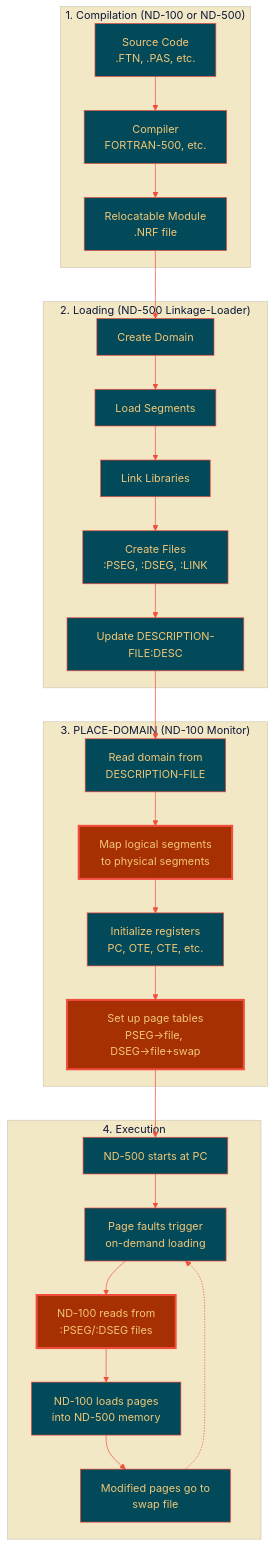
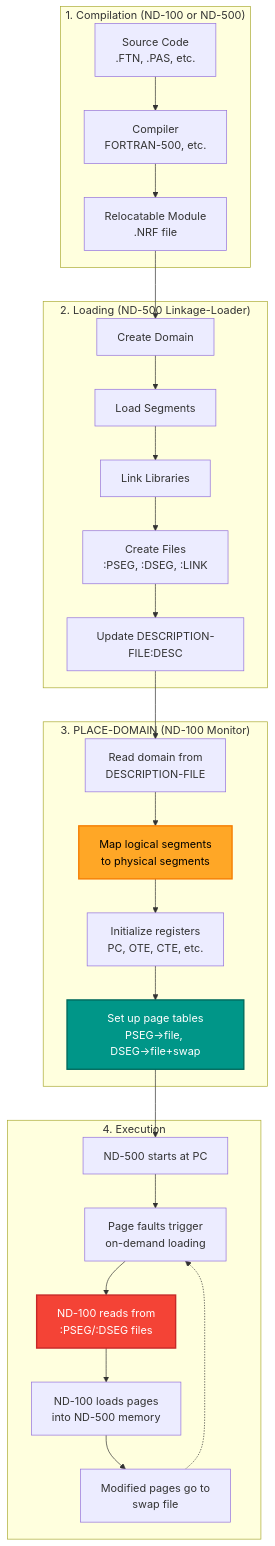
The first of 5 diagrams in SINTRAN/OS/09-ND500-CODE-LOADING.md (HackerCorpLabs/NDInsight), drawn with Mermaid before and after one commit. The commit also changed other lines of this file and 19 other files, not shown here.

Commit message:
Updated Mermaid diagrams

````diff
--- a/SINTRAN/OS/09-ND500-CODE-LOADING.md
+++ b/SINTRAN/OS/09-ND500-CODE-LOADING.md
@@ -28,42 +28,41 @@
 ```mermaid
-%%{init: {'theme':'base', 'themeVariables': {'primaryColor':'#024959','primaryTextColor':'#F2C777','primaryBorderColor':'#F24C3D','lineColor':'#F24C3D','secondaryColor':'#A62F03','tertiaryColor':'#F2E8C6'}}}%%
 flowchart TB
     subgraph COMP ["1. Compilation (ND-100 or ND-500)"]
         A1[Source Code<br/>.FTN, .PAS, etc.]
         A2[Compiler<br/>FORTRAN-500, etc.]
         A3[Relocatable Module<br/>.NRF file]
     end
-    
+
     subgraph LOAD ["2. Loading (ND-500 Linkage-Loader)"]
         B1[Create Domain]
         B2[Load Segments]
         B3[Link Libraries]
         B4[Create Files<br/>:PSEG, :DSEG, :LINK]
         B5[Update DESCRIPTION-FILE:DESC]
     end
-    
+
     subgraph PLACE ["3. PLACE-DOMAIN (ND-100 Monitor)"]
         C1[Read domain from<br/>DESCRIPTION-FILE]
         C2[Map logical segments<br/>to physical segments]
         C3[Initialize registers<br/>PC, OTE, CTE, etc.]
         C4[Set up page tables<br/>PSEG→file, DSEG→file+swap]
     end
-    
+
     subgraph EXEC ["4. Execution"]
         D1[ND-500 starts at PC]
         D2[Page faults trigger<br/>on-demand loading]
         D3[ND-100 reads from<br/>:PSEG/:DSEG files]
         D4[ND-100 loads pages<br/>into ND-500 memory]
         D5[Modified pages go to<br/>swap file]
     end
-    
+
     A1 --> A2 --> A3 --> B1
     B1 --> B2 --> B3 --> B4 --> B5
     B5 --> C1 --> C2 --> C3 --> C4
     C4 --> D1 --> D2 --> D3 --> D4 --> D5
     D5 -.-> D2
-    
-    style C2 fill:#A62F03,stroke:#F24C3D,stroke-width:3px,color:#F2C777
-    style C4 fill:#A62F03,stroke:#F24C3D,stroke-width:3px,color:#F2C777
-    style D3 fill:#A62F03,stroke:#F24C3D,stroke-width:3px,color:#F2C777
+
+    style C2 fill:#FFA726,stroke:#F57C00,stroke-width:2px,color:#000
+    style C4 fill:#009688,stroke:#00695C,stroke-width:2px,color:#fff
+    style D3 fill:#F44336,stroke:#C62828,stroke-width:2px,color:#fff
 ```
````
